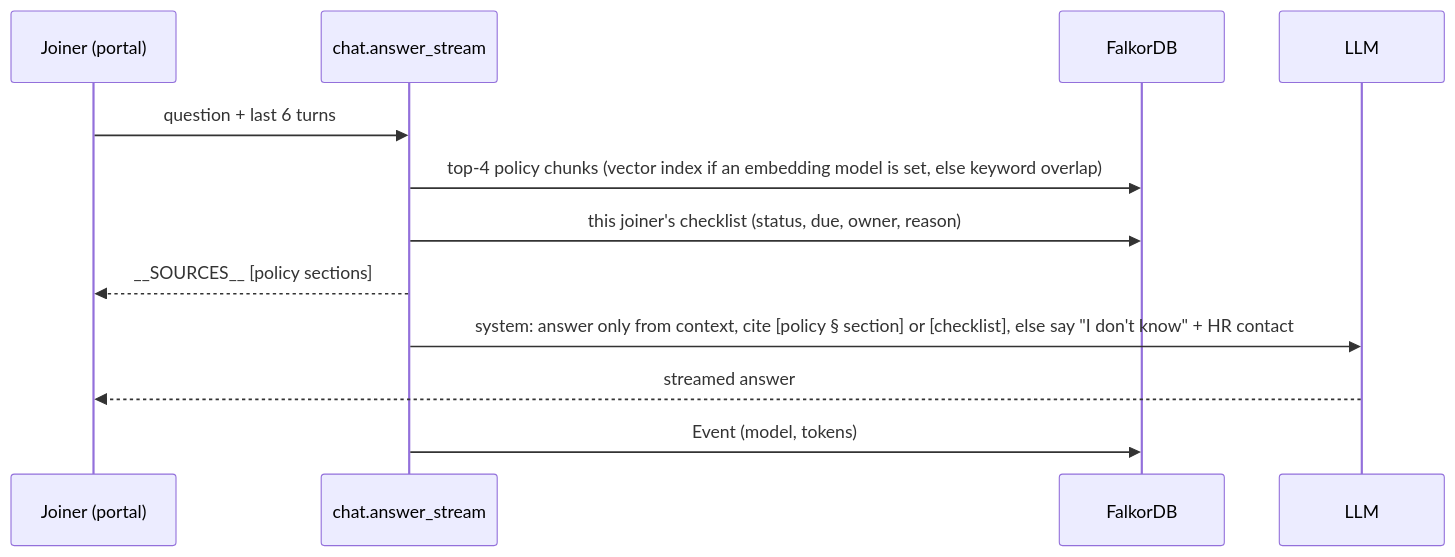
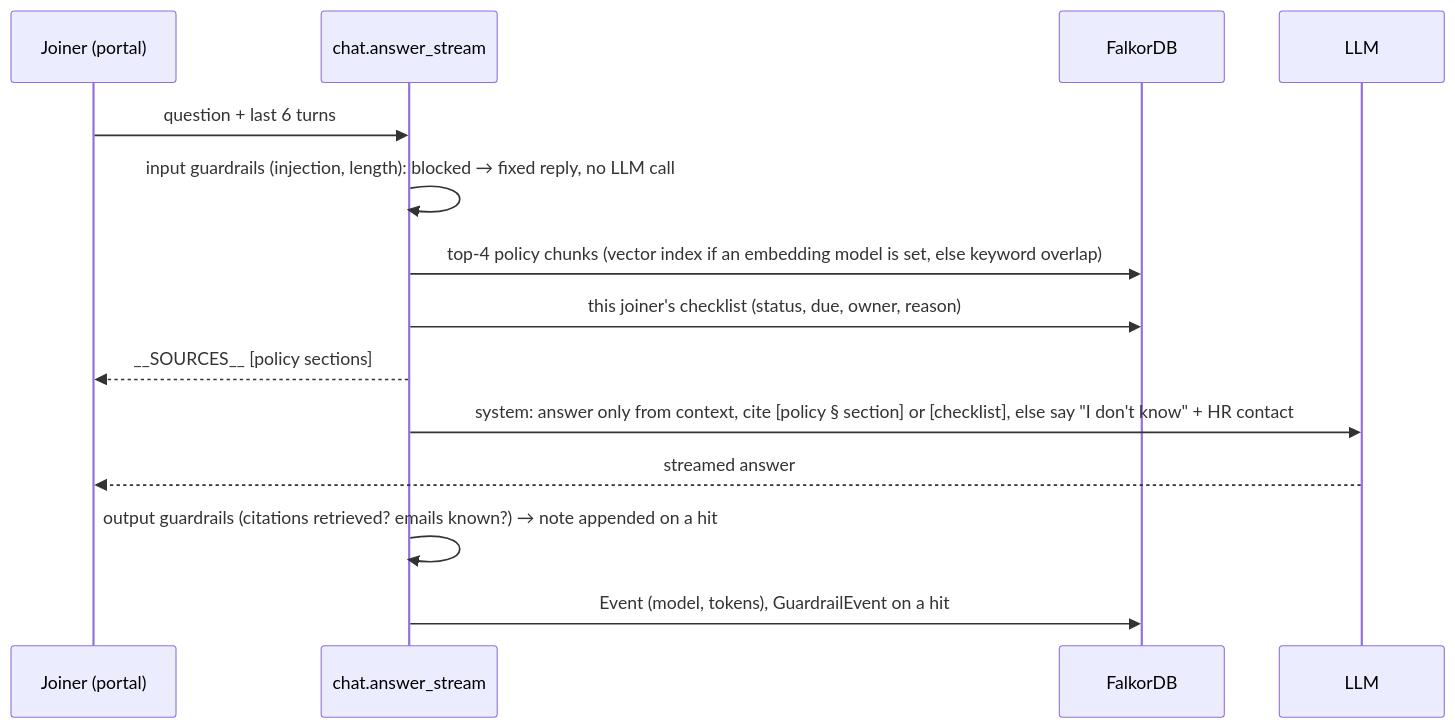
The sixth of 10 diagrams in design.md (Prateek1771/azentio-hr), drawn with Mermaid before and after one commit. The commit also changed other lines of this file and 59 other files, not shown here.

````diff
--- a/design.md
+++ b/design.md
@@ -279,15 +331,17 @@
 ```mermaid
 sequenceDiagram
     participant J as Joiner (portal)
     participant BE as chat.answer_stream
     participant G as FalkorDB
     participant LLM
 
     J->>BE: question + last 6 turns
+    BE->>BE: input guardrails (injection, length): blocked → fixed reply, no LLM call
     BE->>G: top-4 policy chunks (vector index if an embedding model is set, else keyword overlap)
     BE->>G: this joiner's checklist (status, due, owner, reason)
     BE-->>J: __SOURCES__ [policy sections]
     BE->>LLM: system: answer only from context, cite [policy § section] or [checklist], else say "I don't know" + HR contact
     LLM-->>J: streamed answer
-    BE->>G: Event (model, tokens)
+    BE->>BE: output guardrails (citations retrieved? emails known?) → note appended on a hit
+    BE->>G: Event (model, tokens), GuardrailEvent on a hit
 ```
````
